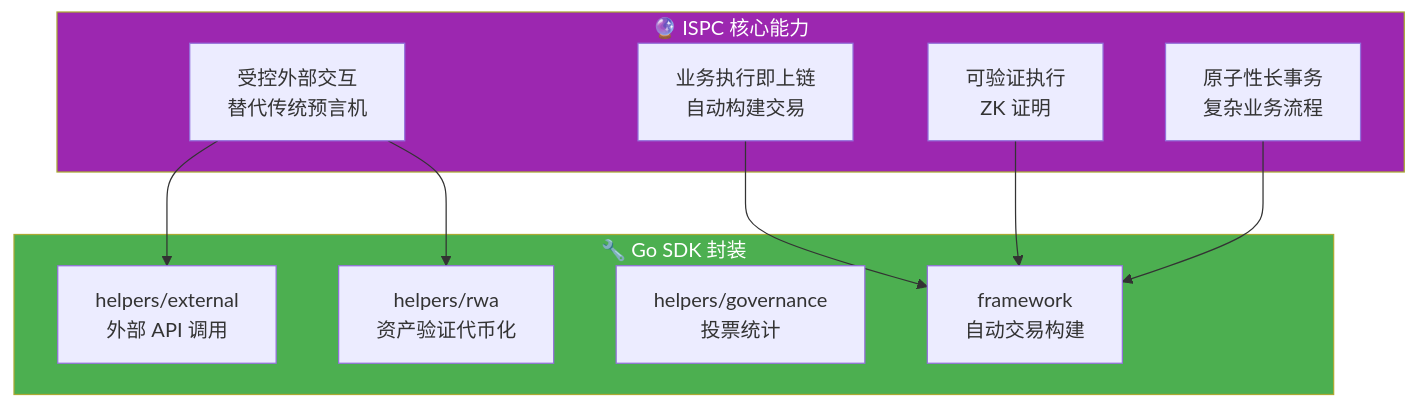
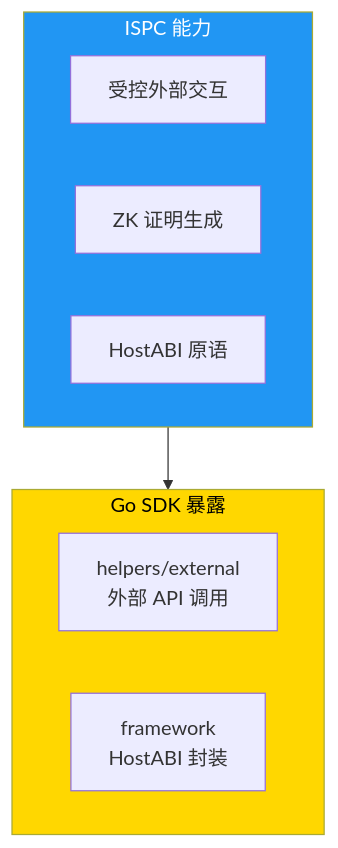
One commit to weisyn/contract-sdk-go changed the diagram in docs/ISPC_INNOVATION_ANALYSIS.md. Above: the diagram before and after it, drawn with Mermaid. The commit also changed other lines of this file and 14 other files, not shown here.

````diff
--- a/docs/ISPC_INNOVATION_ANALYSIS.md
+++ b/docs/ISPC_INNOVATION_ANALYSIS.md
@@ -31,25 +36,18 @@
 ```mermaid
 graph TB
-    subgraph ISPC["🔮 ISPC 核心能力"]
-        A[受控外部交互<br/>替代传统预言机]
-        B[业务执行即上链<br/>自动构建交易]
-        C[可验证执行<br/>ZK 证明]
-        D[原子性长事务<br/>复杂业务流程]
+    subgraph ISPC["ISPC 能力"]
+        EXT["受控外部交互"]
+        ZK["ZK 证明生成"]
+        HOSTABI["HostABI 原语"]
     end
     
-    subgraph SDK["🔧 Go SDK 封装"]
-        E[helpers/external<br/>外部 API 调用]
-        F[helpers/rwa<br/>资产验证代币化]
-        G[helpers/governance<br/>投票统计]
-        H[framework<br/>自动交易构建]
+    subgraph SDK["Go SDK 暴露"]
+        EXTERNAL["helpers/external<br/>外部 API 调用"]
+        FRAMEWORK["framework<br/>HostABI 封装"]
     end
     
-    A --> E
-    A --> F
-    B --> H
-    C --> H
-    D --> H
+    ISPC --> SDK
     
-    style ISPC fill:#9C27B0,color:#fff
-    style SDK fill:#4CAF50,color:#fff
+    style ISPC fill:#2196F3,color:#fff
+    style SDK fill:#FFD700,color:#000
 ```
````
